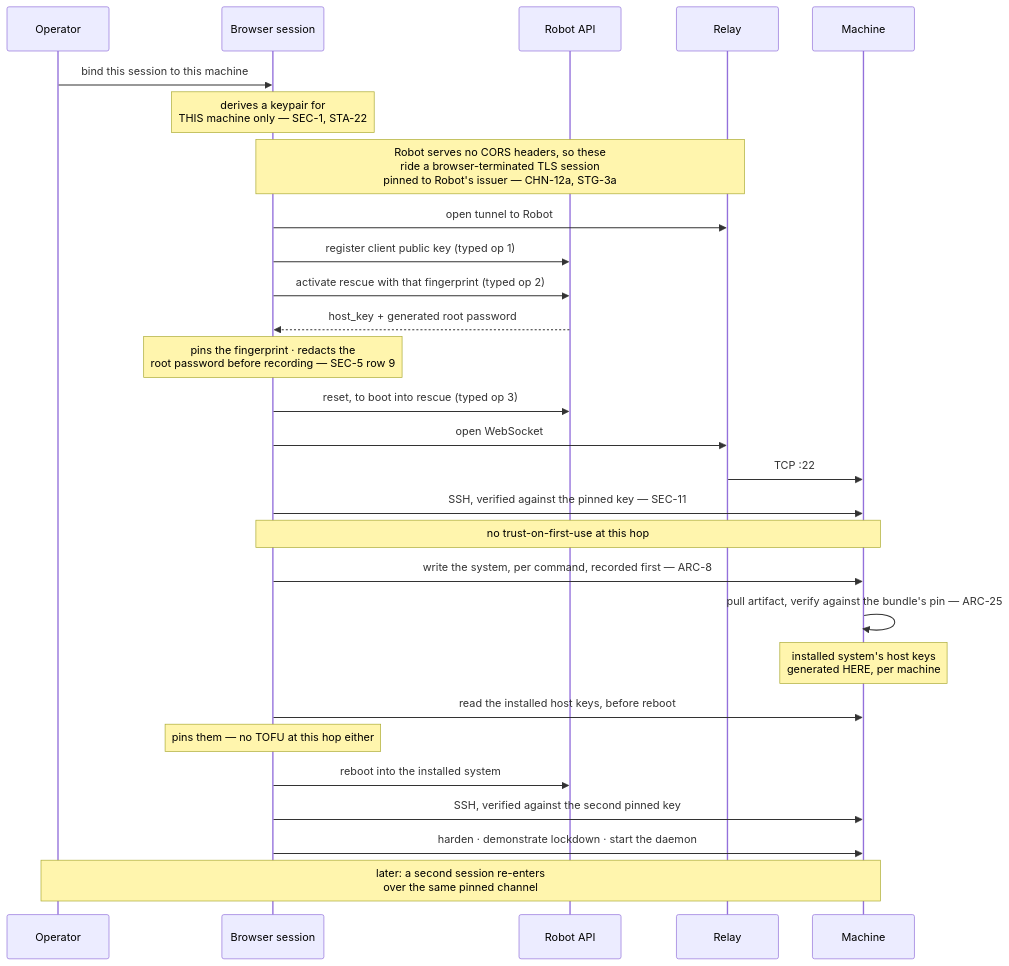
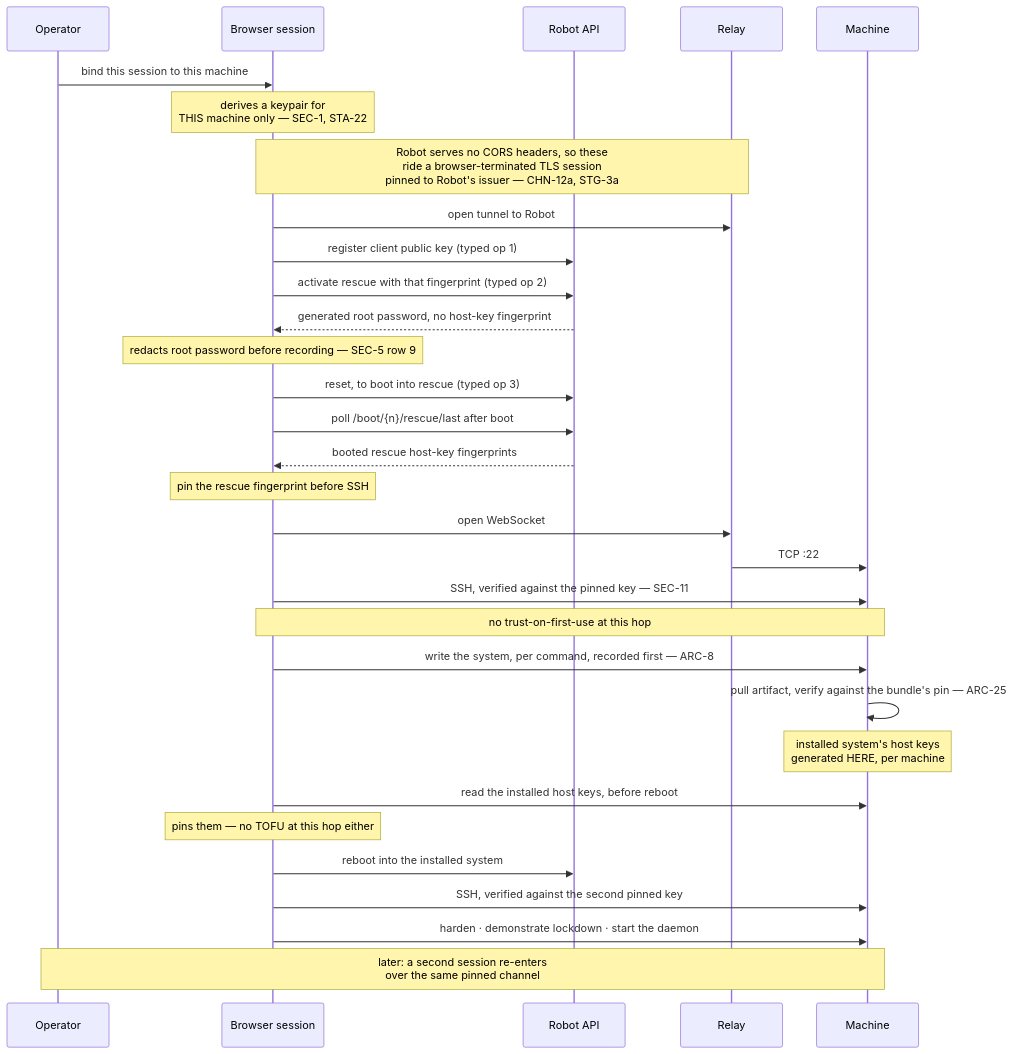
Before and after one commit to douglaz/tau-web-spec: the diagram in 06-first-stage.md, drawn with Mermaid. The commit also changed other lines of this file and 23 other files, not shown here.

````diff
--- a/06-first-stage.md
+++ b/06-first-stage.md
@@ -63,31 +65,34 @@
 ```mermaid
 sequenceDiagram
     participant OP as Operator
     participant B as Browser session
     participant RB as Robot API
     participant RL as Relay
     participant M as Machine
 
     OP->>B: bind this session to this machine
     Note over B: derives a keypair for<br/>THIS machine only — SEC-1, STA-22
     Note over B,RL: Robot serves no CORS headers, so these<br/>ride a browser-terminated TLS session<br/>pinned to Robot's issuer — CHN-12a, STG-3a
     B->>RL: open tunnel to Robot
     B->>RB: register client public key (typed op 1)
     B->>RB: activate rescue with that fingerprint (typed op 2)
-    RB-->>B: host_key + generated root password
-    Note over B: pins the fingerprint · redacts the<br/>root password before recording — SEC-5 row 9
+    RB-->>B: generated root password, no host-key fingerprint
+    Note over B: redacts root password before recording — SEC-5 row 9
     B->>RB: reset, to boot into rescue (typed op 3)
+    B->>RB: poll /boot/{n}/rescue/last after boot
+    RB-->>B: booted rescue host-key fingerprints
+    Note over B: pin the rescue fingerprint before SSH
     B->>RL: open WebSocket
     RL->>M: TCP :22
     B->>M: SSH, verified against the pinned key — SEC-11
     Note over B,M: no trust-on-first-use at this hop
     B->>M: write the system, per command, recorded first — ARC-8
     M->>M: pull artifact, verify against the bundle's pin — ARC-25
     Note over M: installed system's host keys<br/>generated HERE, per machine
     B->>M: read the installed host keys, before reboot
     Note over B: pins them — no TOFU at this hop either
     B->>RB: reboot into the installed system
     B->>M: SSH, verified against the second pinned key
     B->>M: harden · demonstrate lockdown · start the daemon
     Note over OP,M: later: a second session re-enters<br/>over the same pinned channel
 ```
````
